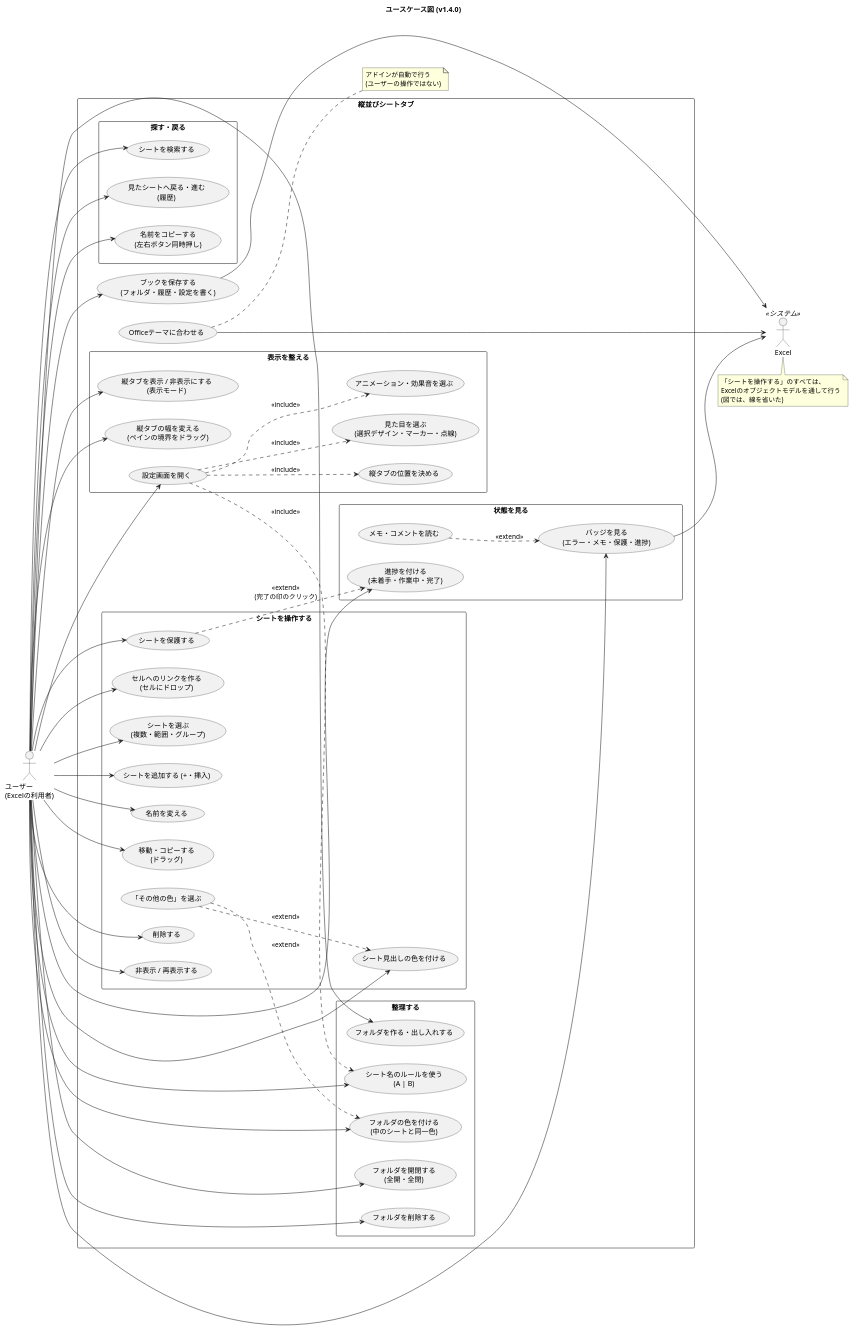
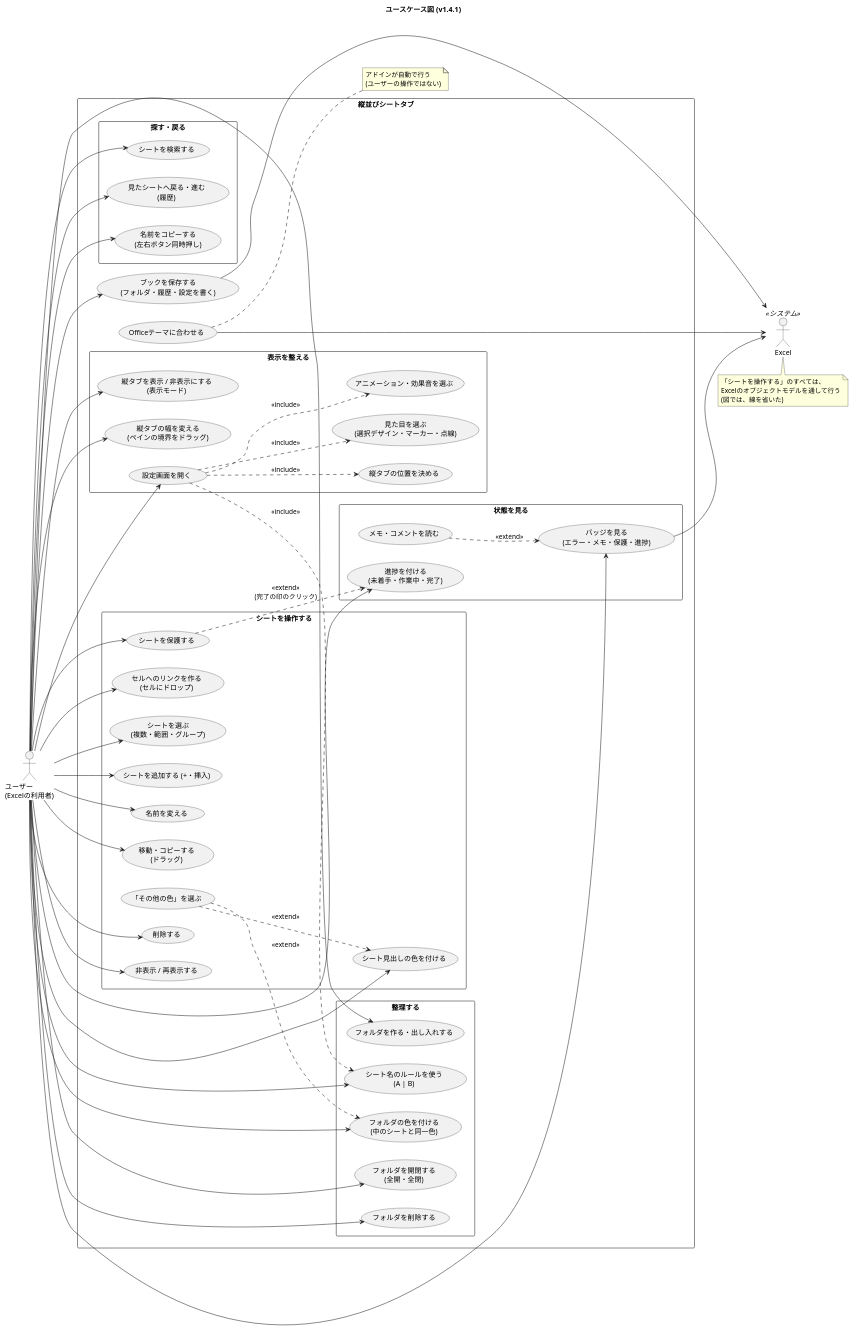
One commit to nk-taka623/VerticalSheetTabs changed the diagram in docs/usecase.puml. Above: the diagram before and after it, drawn with PlantUML. The commit also changed 14 other files, not shown here.

Commit message:
v1.4.1 にする (バージョン、README の変更点、設計図の版数)

```diff
--- a/docs/usecase.puml
+++ b/docs/usecase.puml
@@ -1,105 +1,105 @@
 @startuml
-title ユースケース図 (v1.4.0)
+title ユースケース図 (v1.4.1)
 left to right direction
 skinparam shadowing false
 skinparam packageStyle rectangle
 
 actor "ユーザー\n(Excelの利用者)" as U
 actor "Excel" as XL <<システム>>
 
 rectangle "縦並びシートタブ" {
 
   package "シートを操作する" {
     usecase "シートを選ぶ\n(複数・範囲・グループ)" as UC_SEL
     usecase "シートを追加する (+・挿入)" as UC_ADD
     usecase "名前を変える" as UC_REN
     usecase "移動・コピーする\n(ドラッグ)" as UC_MOVE
     usecase "削除する" as UC_DEL
     usecase "非表示 / 再表示する" as UC_HIDE
     usecase "シート見出しの色を付ける" as UC_COLOR
     usecase "「その他の色」を選ぶ" as UC_MORE
     usecase "シートを保護する" as UC_PROT
     usecase "セルへのリンクを作る\n(セルにドロップ)" as UC_LINK
   }
 
   package "整理する" {
     usecase "フォルダを作る・出し入れする" as UC_FOLDER
     usecase "フォルダを開閉する\n(全開・全閉)" as UC_TOGGLE
     usecase "フォルダの色を付ける\n(中のシートと同一色)" as UC_FCOLOR
     usecase "フォルダを削除する" as UC_FDEL
     usecase "シート名のルールを使う\n(A | B)" as UC_RULE
   }
 
   package "探す・戻る" {
     usecase "シートを検索する" as UC_SEARCH
     usecase "見たシートへ戻る・進む\n(履歴)" as UC_HIST
     usecase "名前をコピーする\n(左右ボタン同時押し)" as UC_COPY
   }
 
   package "状態を見る" {
     usecase "バッジを見る\n(エラー・メモ・保護・進捗)" as UC_BADGE
     usecase "メモ・コメントを読む" as UC_MEMO
     usecase "進捗を付ける\n(未着手・作業中・完了)" as UC_PROG
   }
 
   package "表示を整える" {
     usecase "縦タブを表示 / 非表示にする\n(表示モード)" as UC_MODE
     usecase "縦タブの位置を決める" as UC_SIDE
     usecase "縦タブの幅を変える\n(ペインの境界をドラッグ)" as UC_WIDTH
     usecase "設定画面を開く" as UC_SET
     usecase "見た目を選ぶ\n(選択デザイン・マーカー・点線)" as UC_LOOK
     usecase "アニメーション・効果音を選ぶ" as UC_ANIM
   }
 
   usecase "ブックを保存する\n(フォルダ・履歴・設定を書く)" as UC_SAVE
   usecase "Officeテーマに合わせる" as UC_THEME
 }
 
 U --> UC_SEL
 U --> UC_ADD
 U --> UC_REN
 U --> UC_MOVE
 U --> UC_DEL
 U --> UC_HIDE
 U --> UC_COLOR
 U --> UC_PROT
 U --> UC_LINK
 U --> UC_FOLDER
 U --> UC_TOGGLE
 U --> UC_FCOLOR
 U --> UC_FDEL
 U --> UC_RULE
 U --> UC_SEARCH
 U --> UC_HIST
 U --> UC_COPY
 U --> UC_BADGE
 U --> UC_PROG
 U --> UC_MODE
 U --> UC_WIDTH
 U --> UC_SET
 U --> UC_SAVE
 
 UC_MORE ..> UC_COLOR : <<extend>>
 UC_MORE ..> UC_FCOLOR : <<extend>>
 UC_MEMO ..> UC_BADGE : <<extend>>
 UC_PROT ..> UC_PROG : <<extend>>\n(完了の印のクリック)
 UC_SET ..> UC_SIDE : <<include>>
 UC_SET ..> UC_LOOK : <<include>>
 UC_SET ..> UC_ANIM : <<include>>
 UC_SET ..> UC_RULE : <<include>>
 
 UC_SAVE --> XL
 UC_THEME --> XL
 UC_BADGE --> XL
 
 note bottom of XL
   「シートを操作する」のすべては、
   Excelのオブジェクトモデルを通して行う
   (図では、線を省いた)
 end note
 
 note right of UC_THEME
   アドインが自動で行う
   (ユーザーの操作ではない)
 end note
 @enduml
```
